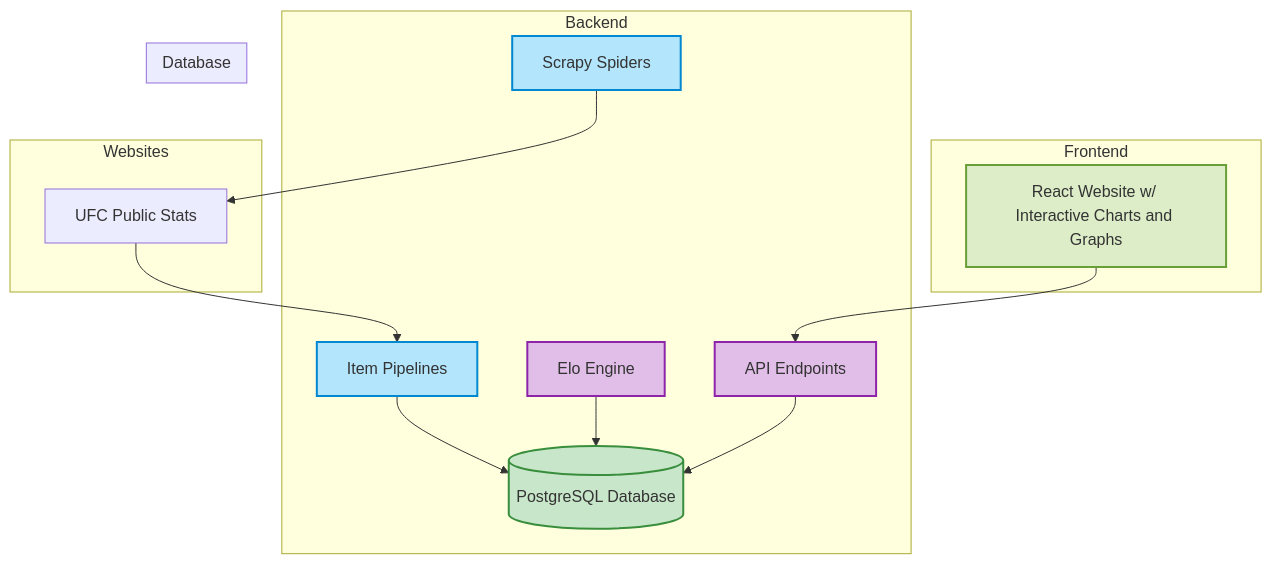
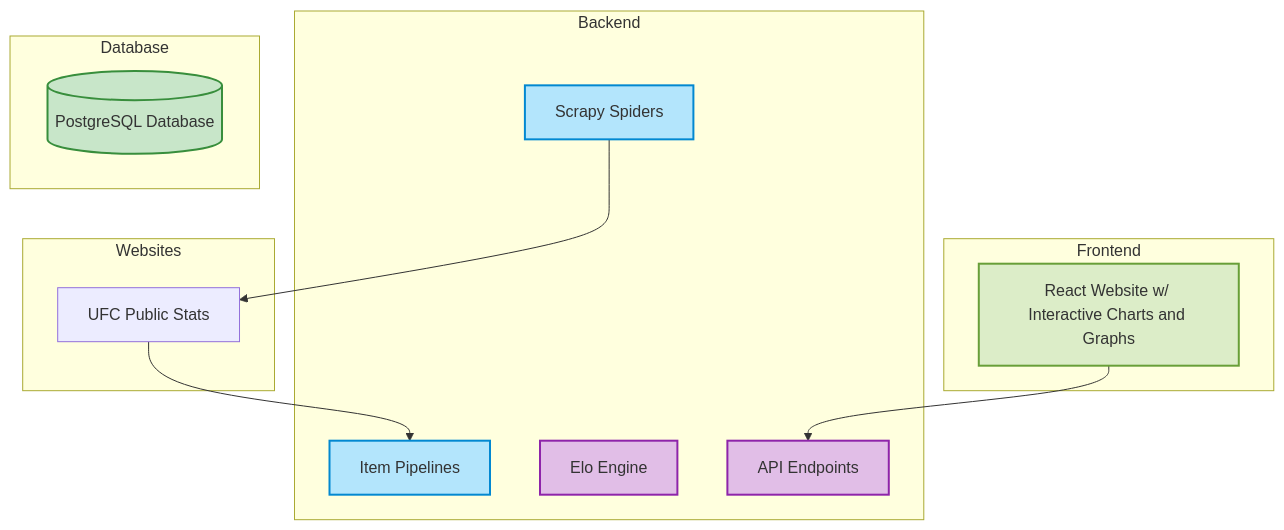
One commit to alpinedev51/mma-elo-engine-py changed the diagram in README.md. Above: the diagram before and after it, drawn with Mermaid.

````diff
--- a/README.md
+++ b/README.md
@@ -52,41 +52,40 @@
 ```mermaid
 flowchart TD
 
     subgraph Websites
         W1[UFC Public Stats]
     end
 
     subgraph Backend
         A1[Scrapy Spiders] --> W1
         W1 --> A2[Item Pipelines]
-        A2 --> B1
-        A3[Elo Engine] --> B1
-        A4[API Endpoints] --> B1
+        A3[Elo Engine]
+        A4[API Endpoints]
         click A1 "Scrapy Spiders regularly crawl MMA websites for fighter data."
         click A2 "Pipelines process and store the fighter data into the database."
         click A3 "Elo engine processes data in database and updates Elo scores."
         click A4 "APIs provide access to database via CRUD operations."
     end
 
     subgraph Database
         B1[(PostgreSQL Database)]
         click B1 "PostgreSQL database stores and handles fighter data and Elo scores."
     end
 
     subgraph Frontend
         E1[React Website w/ Interactive Charts and Graphs] --> A4
         click E1 "Provides UI for interacting with Backend API."
         click E1 "Data is displayed in a React-based frontend."
     end
 
     classDef blue fill:#B3E5FC,stroke:#0288D1,stroke-width:2px;
     classDef green fill:#C8E6C9,stroke:#388E3C,stroke-width:2px;
     classDef orange fill:#FFE0B2,stroke:#F57C00,stroke-width:2px;
     classDef purple fill:#E1BEE7,stroke:#8E24AA,stroke-width:2px;
     classDef lightgreen fill:#DCEDC8,stroke:#689F38,stroke-width:2px;
 
     class A1,A2 blue;
     class B1 green;
     class A3,A4 purple;
     class E1 lightgreen;
 ```
````
